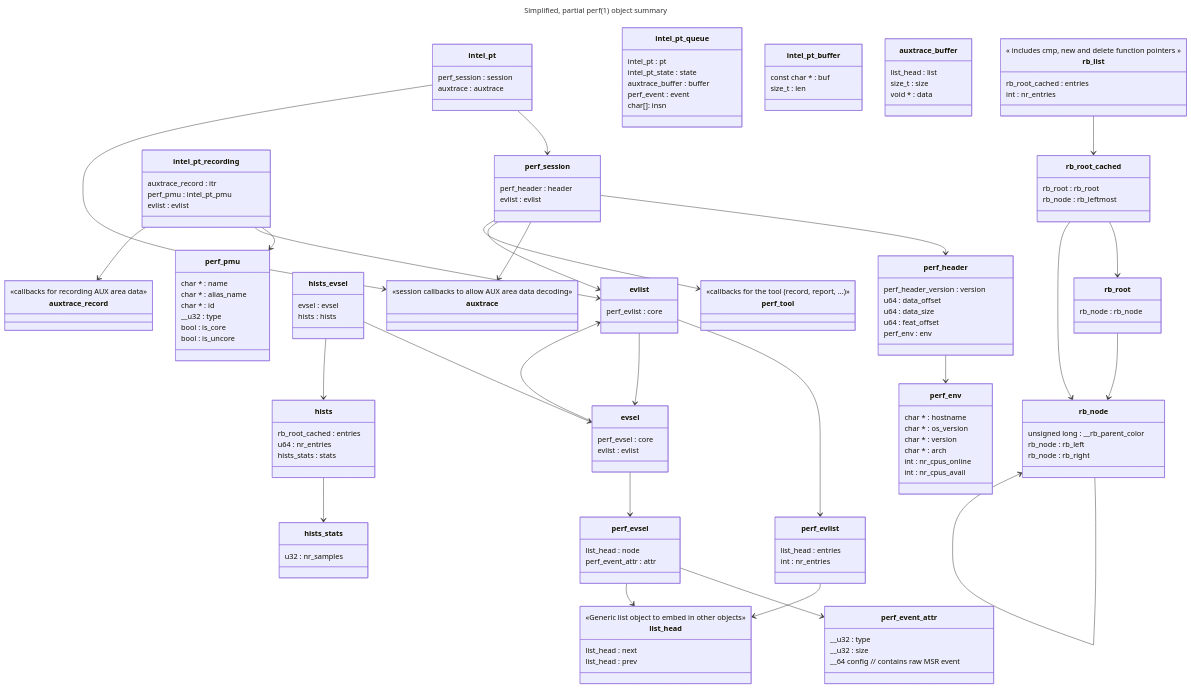
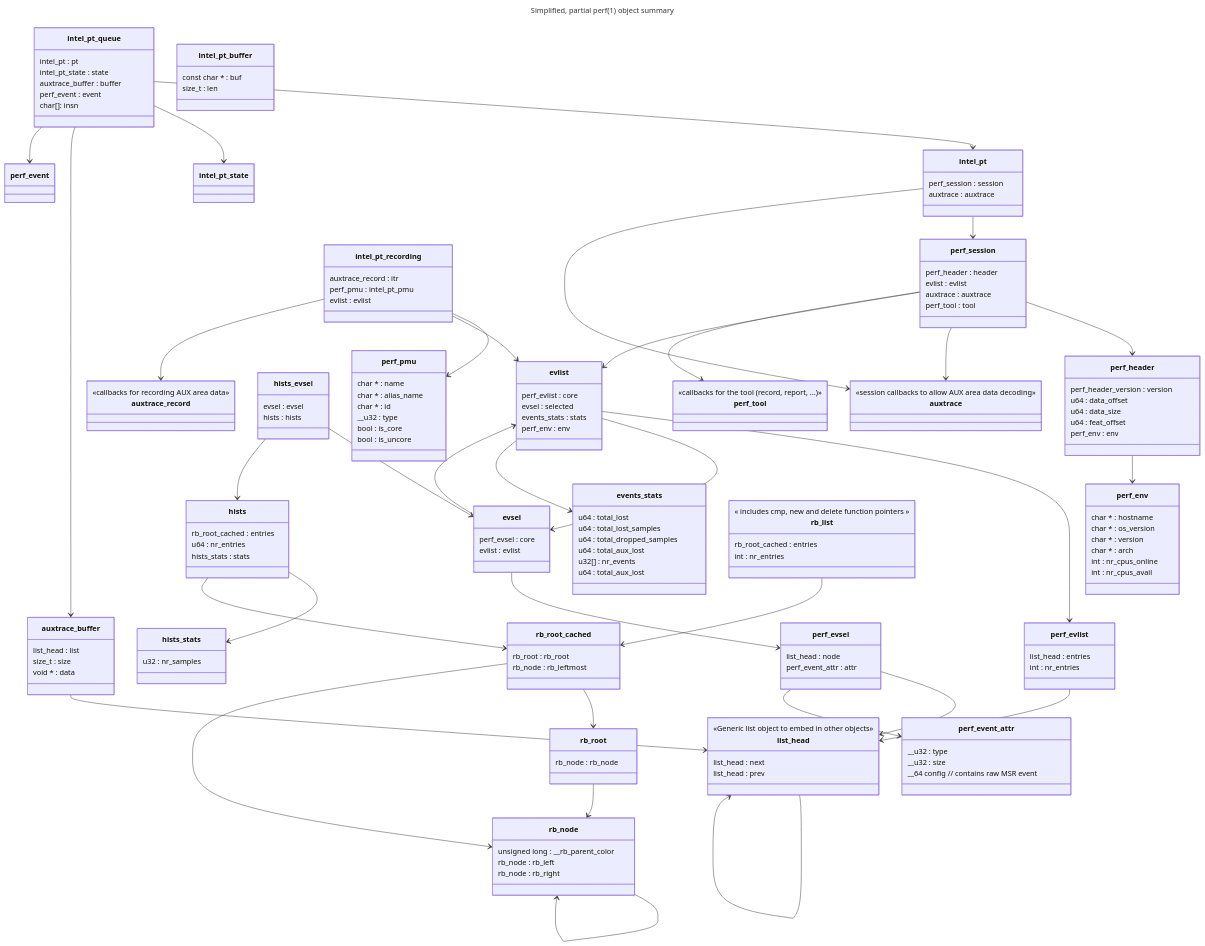
One commit to jamesodhunt/foo changed the diagram in mermaid-classes-2.md. Above: the diagram before and after it, drawn with Mermaid.

```diff
--- a/mermaid-classes-2.md
+++ b/mermaid-classes-2.md
@@ -5,6 +5,18 @@
 classDiagram
     class evlist {
       perf_evlist : core
+      evsel : selected
+      events_stats : stats
+      perf_env : env
+    }
+
+    class events_stats {
+      u64 : total_lost
+      u64 : total_lost_samples
+      u64 : total_dropped_samples
+      u64 : total_aux_lost
+      u32[] : nr_events
+      u64 : total_aux_lost
     }
 
     class evsel {
@@ -28,11 +40,11 @@
       __64 config // contains raw MSR event
     }
 
-    class perf_event_attr
-
     class perf_session {
       perf_header : header
       evlist : evlist
+      auxtrace : auxtrace
+      perf_tool : tool
     }
 
     class perf_header {
@@ -74,14 +86,12 @@
     class intel_pt_buffer {
       const char * : buf
       size_t : len
-      
     }
 
     class auxtrace_buffer {
       list_head : list
       size_t : size
       void * : data
-
     }
 
     class intel_pt_recording {
@@ -150,26 +160,46 @@
     %% -------------------------------------------
     %% Define relationships
 
+    auxtrace_buffer --> list_head
+    
     evlist --> perf_evlist
+    evlist --> evsel
+    evlist --> events_stats
+
     evsel --> perf_evsel
     evsel --> evlist
-    evlist --> evsel
+
+    hists --> hists_stats
+    hists --> rb_root_cached
+
+    hists_evsel --> evsel
+    hists_evsel --> hists
+
+    intel_pt --> perf_session
+    intel_pt --> auxtrace
+
+    intel_pt_queue --> intel_pt
+    intel_pt_queue --> intel_pt_state
+    intel_pt_queue --> auxtrace_buffer
+    intel_pt_queue --> perf_event
+
+    intel_pt_recording --> perf_pmu
+    intel_pt_recording --> evlist
+    intel_pt_recording --> auxtrace_record
+
+    list_head --> list_head
+
+    perf_evsel --> list_head
     perf_evsel --> perf_event_attr
-    perf_evsel --> list_head
+
     perf_evlist --> list_head
+
+    perf_header --> perf_env
+
     perf_session --> perf_header
     perf_session --> auxtrace
     perf_session --> evlist
     perf_session --> perf_tool
-    perf_header --> perf_env
-    intel_pt --> perf_session
-    intel_pt --> auxtrace
-    intel_pt_recording --> perf_pmu
-    intel_pt_recording --> evlist
-    intel_pt_recording --> auxtrace_record
-    hists --> hists_stats
-    hists_evsel --> evsel
-    hists_evsel --> hists
 
     rb_node --> rb_node
     rb_root --> rb_node
```
